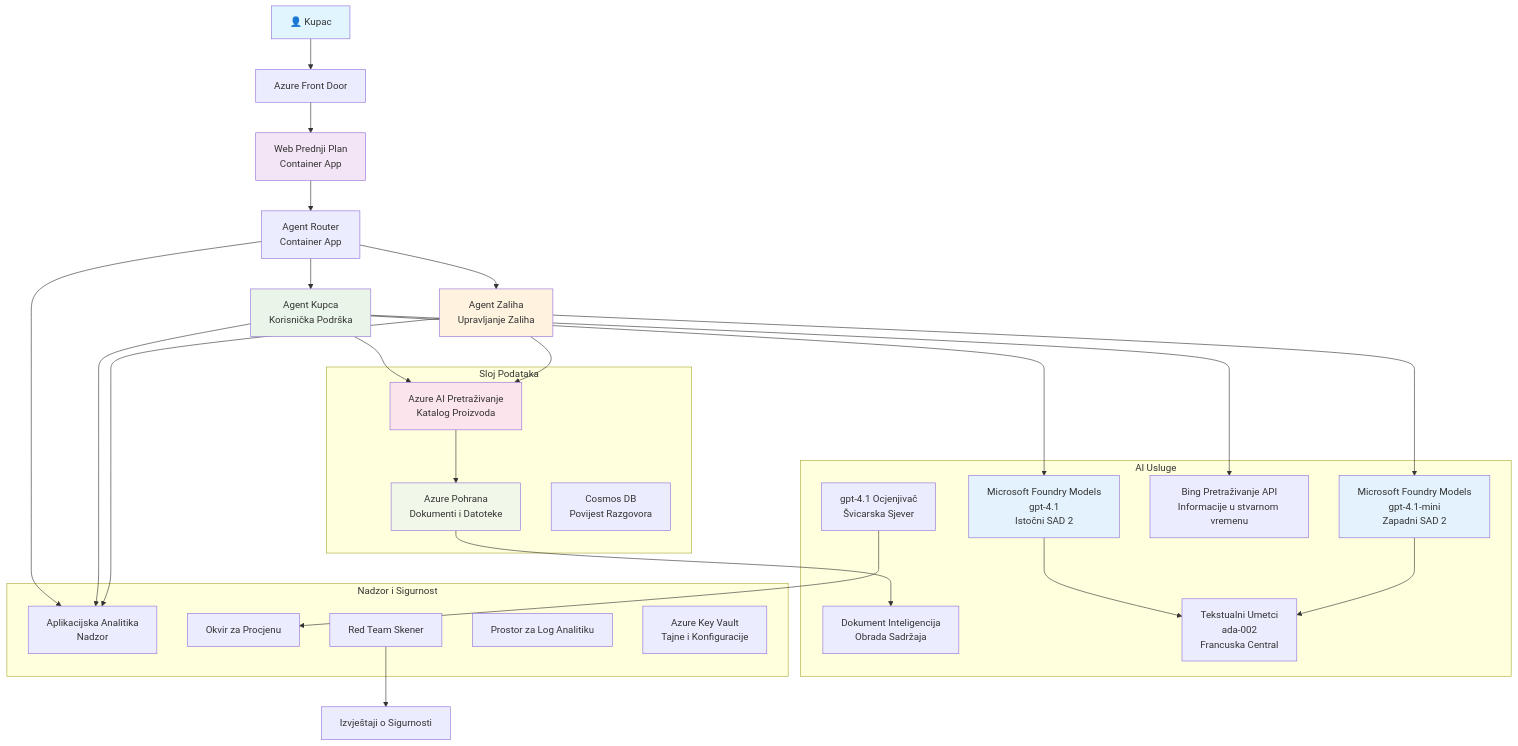
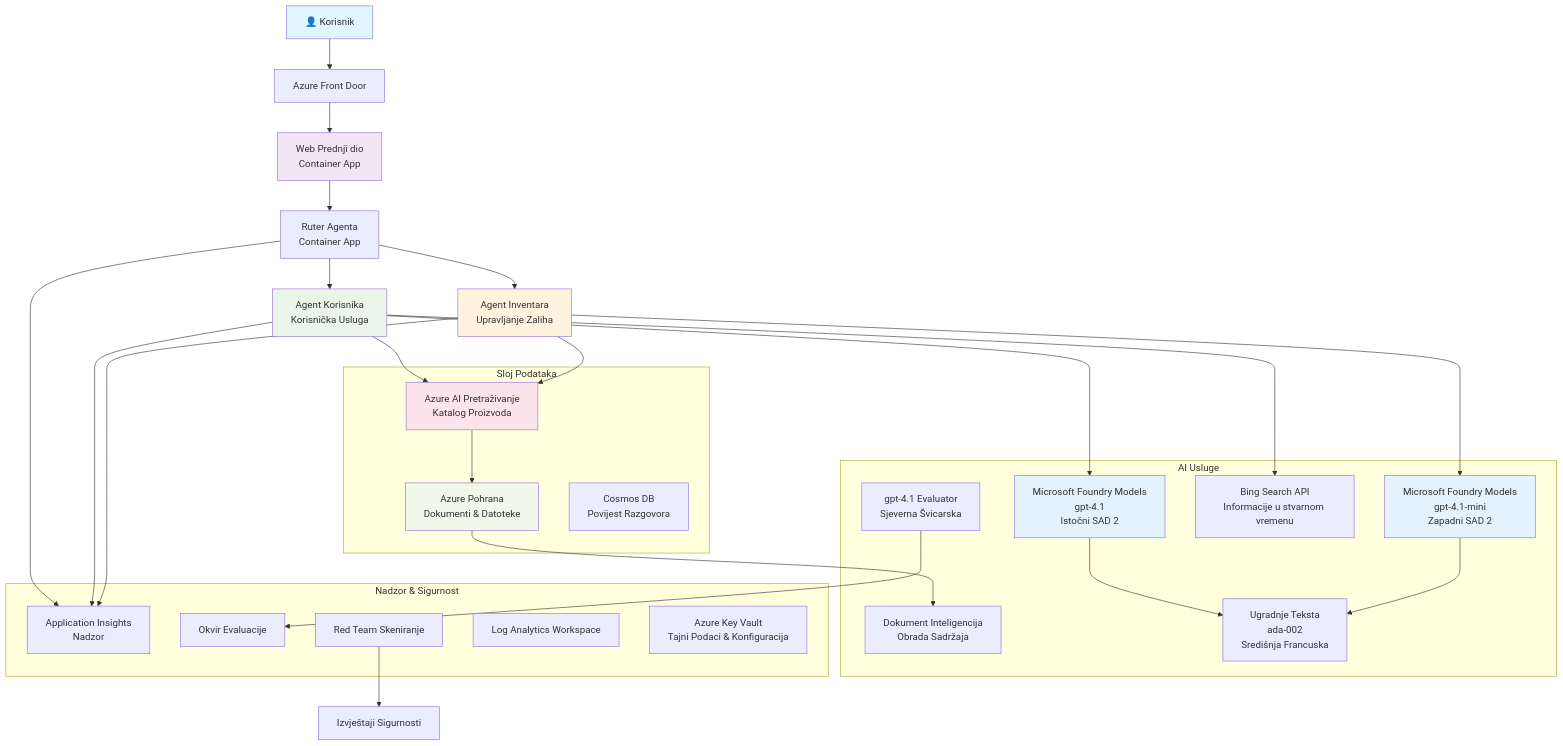
Before and after one commit to microsoft/AZD-for-beginners: the diagram in translations/hr/examples/retail-scenario.md, drawn with Mermaid. The commit also changed other lines of this file and 104 other files, not shown here.

````diff
--- a/translations/hr/examples/retail-scenario.md
+++ b/translations/hr/examples/retail-scenario.md
@@ -139,61 +139,61 @@
 ```mermaid
 graph TB
-    User[👤 Kupac] --> LB[Azure Front Door]
-    LB --> WebApp[Web Prednji Plan<br/>Container App]
+    User[👤 Korisnik] --> LB[Azure Front Door]
+    LB --> WebApp[Web Prednji dio<br/>Container App]
     
-    WebApp --> Router[Agent Router<br/>Container App]
-    Router --> CustomerAgent[Agent Kupca<br/>Korisnička Podrška]
-    Router --> InvAgent[Agent Zaliha<br/>Upravljanje Zaliha]
+    WebApp --> Router[Ruter Agenta<br/>Container App]
+    Router --> CustomerAgent[Agent Korisnika<br/>Korisnička Usluga]
+    Router --> InvAgent[Agent Inventara<br/>Upravljanje Zaliha]
     
     CustomerAgent --> OpenAI1[Microsoft Foundry Models<br/>gpt-4.1<br/>Istočni SAD 2]
     InvAgent --> OpenAI2[Microsoft Foundry Models<br/>gpt-4.1-mini<br/>Zapadni SAD 2]
     
     CustomerAgent --> AISearch[Azure AI Pretraživanje<br/>Katalog Proizvoda]
-    CustomerAgent --> BingSearch[Bing Pretraživanje API<br/>Informacije u stvarnom vremenu]
+    CustomerAgent --> BingSearch[Bing Search API<br/>Informacije u stvarnom vremenu]
     InvAgent --> AISearch
     
-    AISearch --> Storage[Azure Pohrana<br/>Dokumenti i Datoteke]
+    AISearch --> Storage[Azure Pohrana<br/>Dokumenti & Datoteke]
     Storage --> DocIntel[Dokument Inteligencija<br/>Obrada Sadržaja]
     
-    OpenAI1 --> Embeddings[Tekstualni Umetci<br/>ada-002<br/>Francuska Central]
+    OpenAI1 --> Embeddings[Ugradnje Teksta<br/>ada-002<br/>Središnja Francuska]
     OpenAI2 --> Embeddings
     
-    Router --> AppInsights[Aplikacijska Analitika<br/>Nadzor]
+    Router --> AppInsights[Application Insights<br/>Nadzor]
     CustomerAgent --> AppInsights
     InvAgent --> AppInsights
     
-    GraderModel[gpt-4.1 Ocjenjivač<br/>Švicarska Sjever] --> Evaluation[Okvir za Procjenu]
-    RedTeam[Red Team Skener] --> SecurityReports[Izvještaji o Sigurnosti]
+    GraderModel[gpt-4.1 Evaluator<br/>Sjeverna Švicarska] --> Evaluation[Okvir Evaluacije]
+    RedTeam[Red Team Skeniranje] --> SecurityReports[Izvještaji Sigurnosti]
     
     subgraph "Sloj Podataka"
         Storage
         AISearch
         CosmosDB[Cosmos DB<br/>Povijest Razgovora]
     end
     
     subgraph "AI Usluge"
         OpenAI1
         OpenAI2
         Embeddings
         GraderModel
         DocIntel
         BingSearch
     end
     
-    subgraph "Nadzor i Sigurnost"
+    subgraph "Nadzor & Sigurnost"
         AppInsights
-        LogAnalytics[Prostor za Log Analitiku]
-        KeyVault[Azure Key Vault<br/>Tajne i Konfiguracije]
+        LogAnalytics[Log Analytics Workspace]
+        KeyVault[Azure Key Vault<br/>Tajni Podaci & Konfiguracija]
         RedTeam
         Evaluation
     end
     
     style User fill:#e1f5fe
     style WebApp fill:#f3e5f5
     style CustomerAgent fill:#e8f5e8
     style InvAgent fill:#fff3e0
     style OpenAI1 fill:#e3f2fd
     style OpenAI2 fill:#e3f2fd
     style AISearch fill:#fce4ec
     style Storage fill:#f1f8e9
-```  
+```
````
